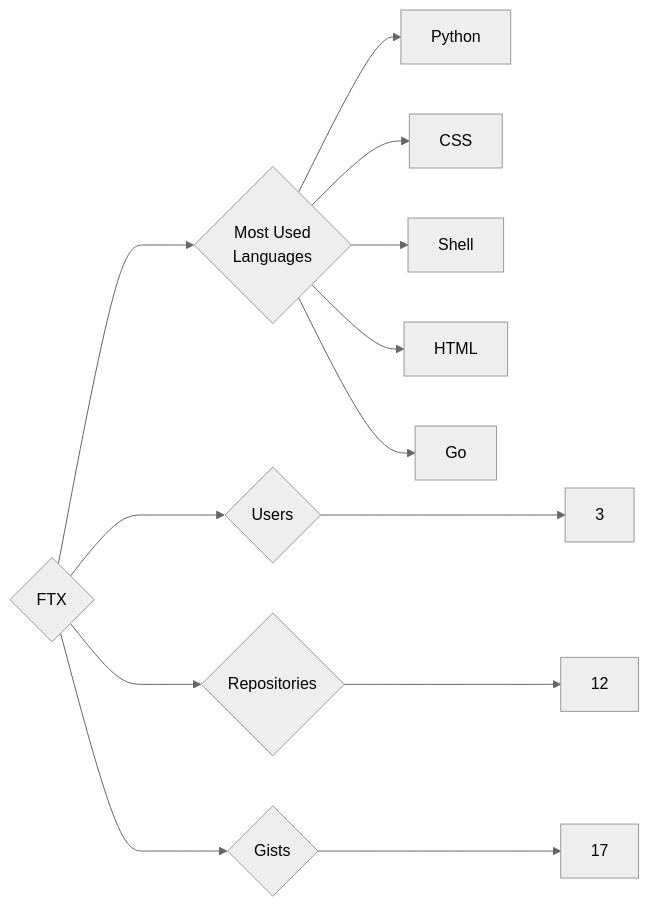
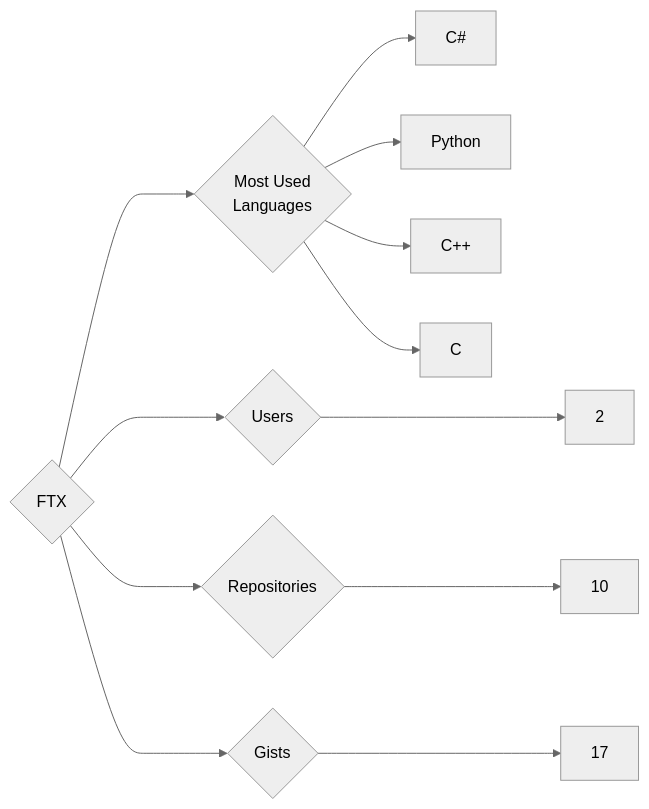
One commit to trickest/insiders changed the diagram in targets/FTX/README.md. Above: the diagram before and after it, drawn with Mermaid (neutral theme). The commit also changed 997 other files, not shown here.

````diff
--- a/targets/FTX/README.md
+++ b/targets/FTX/README.md
@@ -3,13 +3,12 @@
 ```mermaid
 graph LR
 COMPANY_NAME{FTX}
-COMPANY_NAME ---> U{Users} ---> UN[3]
-COMPANY_NAME ---> R{Repositories} ---> RN[12]
+COMPANY_NAME ---> U{Users} ---> UN[2]
+COMPANY_NAME ---> R{Repositories} ---> RN[10]
 COMPANY_NAME ---> G{Gists} ---> GN[17]
 COMPANY_NAME ---> ML{Most Used<br>Languages}
+ML --> C#[C#]
 ML --> Python[Python]
-ML --> CSS[CSS]
-ML --> Shell[Shell]
-ML --> HTML[HTML]
-ML --> Go[Go]
+ML --> C++[C++]
+ML --> C[C]
 ```
````
